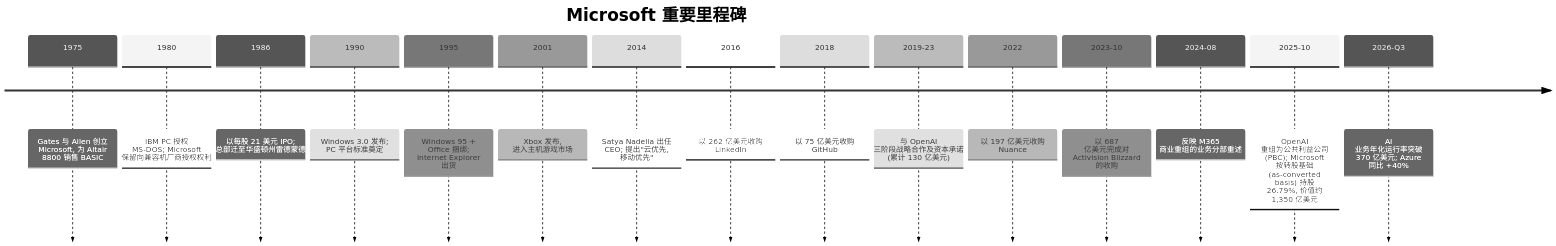
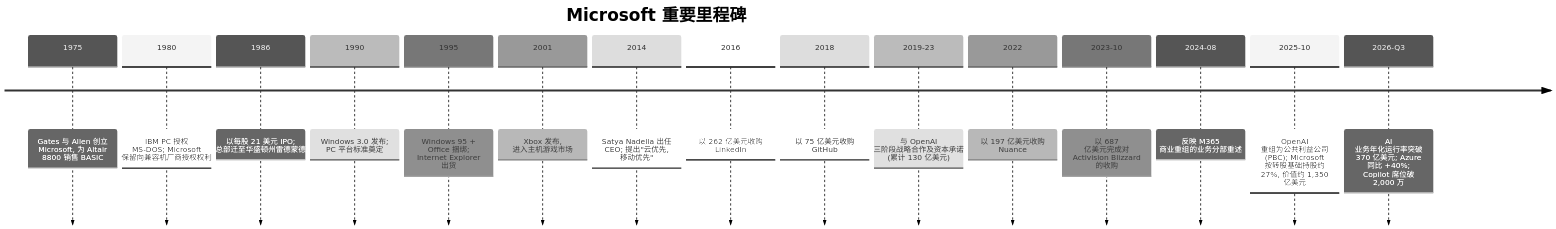
One commit to dadachundan/financial_agent changed the first of 3 diagrams in reports/company/Microsoft_NASDAQ_MSFT/Microsoft_NASDAQ_MSFT_公司研究.md. Above: the diagram before and after it, drawn with Mermaid (neutral theme). The commit also changed other lines of this file, not shown here.

First line of the commit message:
feat(company-research): refresh Microsoft (MSFT) — full chart suite + decision layer

````diff
--- a/reports/company/Microsoft_NASDAQ_MSFT/Microsoft_NASDAQ_MSFT_公司研究.md
+++ b/reports/company/Microsoft_NASDAQ_MSFT/Microsoft_NASDAQ_MSFT_公司研究.md
@@ -78,19 +532,19 @@
 ```mermaid
 timeline
     title Microsoft 重要里程碑
     1975 : Gates 与 Allen 创立 Microsoft, 为 Altair 8800 销售 BASIC
     1980 : IBM PC 授权 MS-DOS; Microsoft 保留向兼容机厂商授权权利
     1986 : 以每股 21 美元 IPO; 总部迁至华盛顿州雷德蒙德
     1990 : Windows 3.0 发布; PC 平台标准奠定
     1995 : Windows 95 + Office 捆绑; Internet Explorer 出货
     2001 : Xbox 发布, 进入主机游戏市场
     2014 : Satya Nadella 出任 CEO; 提出"云优先, 移动优先"
     2016 : 以 262 亿美元收购 LinkedIn
     2018 : 以 75 亿美元收购 GitHub
     2019-23 : 与 OpenAI 三阶段战略合作及资本承诺 (累计 130 亿美元)
     2022 : 以 197 亿美元收购 Nuance
     2023-10 : 以 687 亿美元完成对 Activision Blizzard 的收购
     2024-08 : 反映 M365 商业重组的业务分部重述
-    2025-10 : OpenAI 重组为公共利益公司 (PBC); Microsoft 按转股基础 (as-converted basis) 持股 26.79%, 价值约 1,350 亿美元
-    2026-Q3 : AI 业务年化运行率突破 370 亿美元; Azure 同比 +40%
+    2025-10 : OpenAI 重组为公共利益公司 (PBC); Microsoft 按转股基础持股约 27%, 价值约 1,350 亿美元
+    2026-Q3 : AI 业务年化运行率突破 370 亿美元; Azure 同比 +40%; Copilot 席位破 2,000 万
 ```
````
